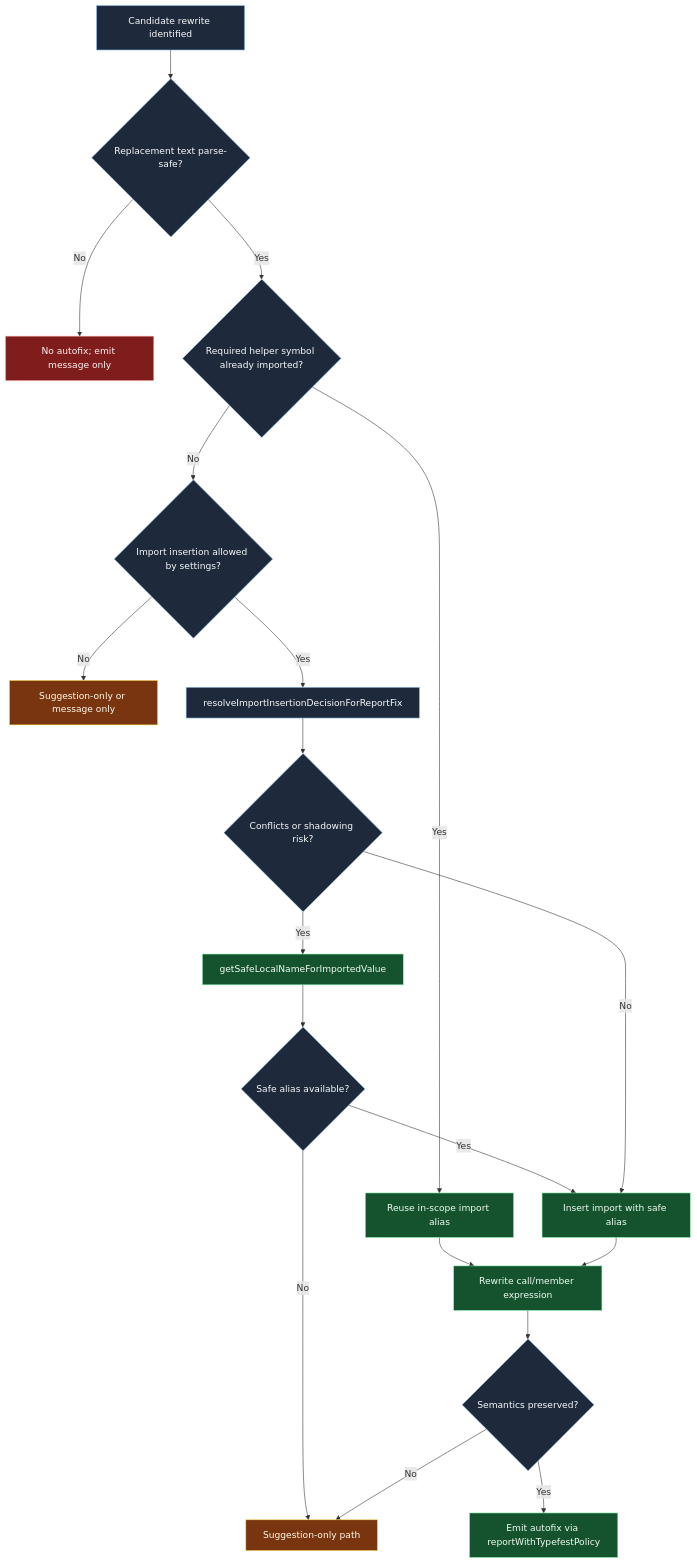
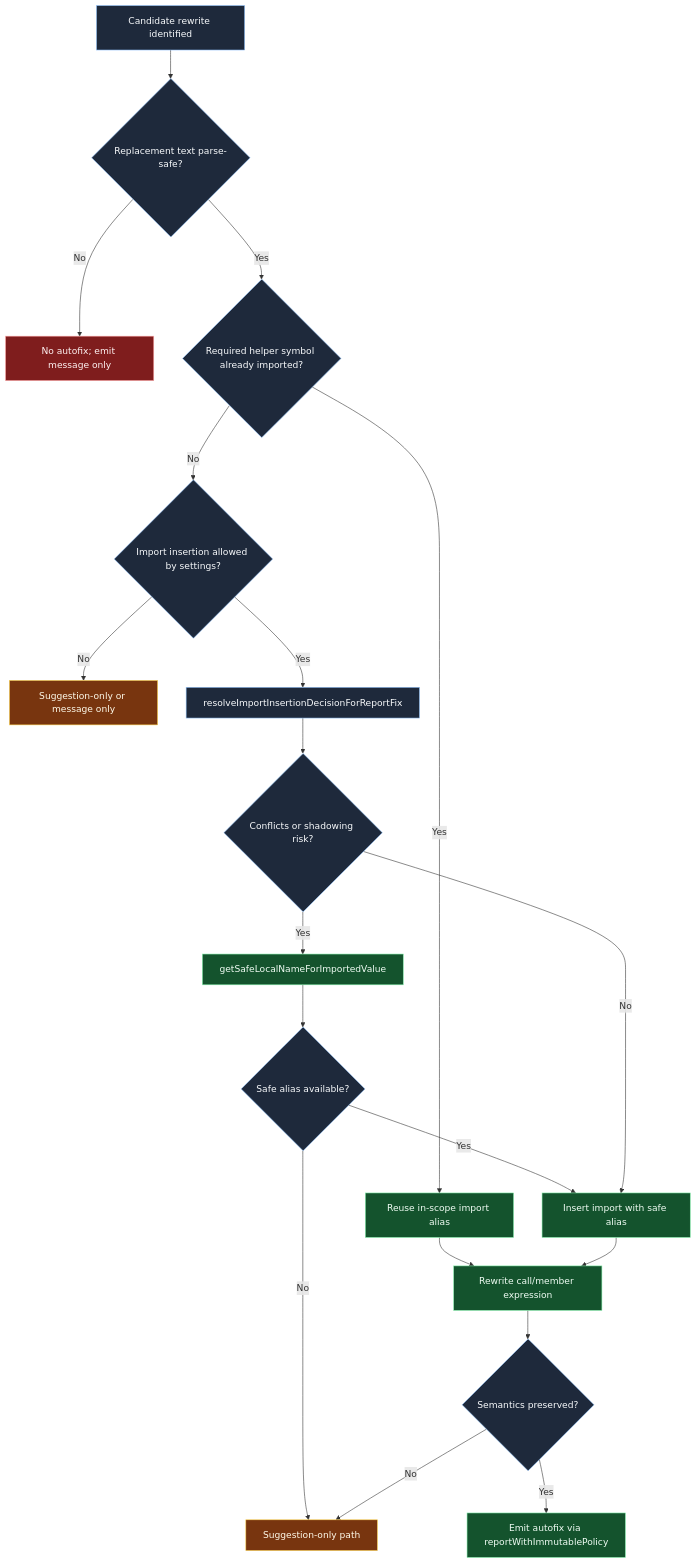
Before and after one commit to Nick2bad4u/eslint-plugin-immutable-2: the diagram in docs/docusaurus/site-docs/developer/charts/import-safe-autofix-decision-tree.md, drawn with Mermaid. The commit also changed 572 other files, not shown here.

````diff
--- a/docs/docusaurus/site-docs/developer/charts/import-safe-autofix-decision-tree.md
+++ b/docs/docusaurus/site-docs/developer/charts/import-safe-autofix-decision-tree.md
@@ -11,35 +11,35 @@
 ```mermaid
 flowchart TD
     classDef check fill:#1e293b,stroke:#93c5fd,color:#f8fafc,stroke-width:1px
     classDef safe fill:#14532d,stroke:#86efac,color:#f0fdf4,stroke-width:1px
     classDef caution fill:#78350f,stroke:#fcd34d,color:#fffbeb,stroke-width:1px
     classDef stop fill:#7f1d1d,stroke:#fca5a5,color:#fef2f2,stroke-width:1px
 
     A[Candidate rewrite identified] --> B{Replacement text parse-safe?}
     B -->|No| X[No autofix; emit message only]
     B -->|Yes| C{Required helper symbol already imported?}
 
     C -->|Yes| D[Reuse in-scope import alias]
     C -->|No| E{Import insertion allowed by settings?}
     E -->|No| Y[Suggestion-only or message only]
     E -->|Yes| F[resolveImportInsertionDecisionForReportFix]
 
     F --> G{Conflicts or shadowing risk?}
     G -->|Yes| H[getSafeLocalNameForImportedValue]
     H --> I{Safe alias available?}
     I -->|No| Z[Suggestion-only path]
     I -->|Yes| J[Insert import with safe alias]
     G -->|No| J
 
     D --> K[Rewrite call/member expression]
     J --> K
 
     K --> L{Semantics preserved?}
     L -->|No| Z
-    L -->|Yes| M[Emit autofix via reportWithTypefestPolicy]
+    L -->|Yes| M[Emit autofix via reportWithImmutablePolicy]
 
     class A,B,C,E,F,G,I,L check
     class D,H,J,K,M safe
     class Y,Z caution
     class X stop
 ```
````
